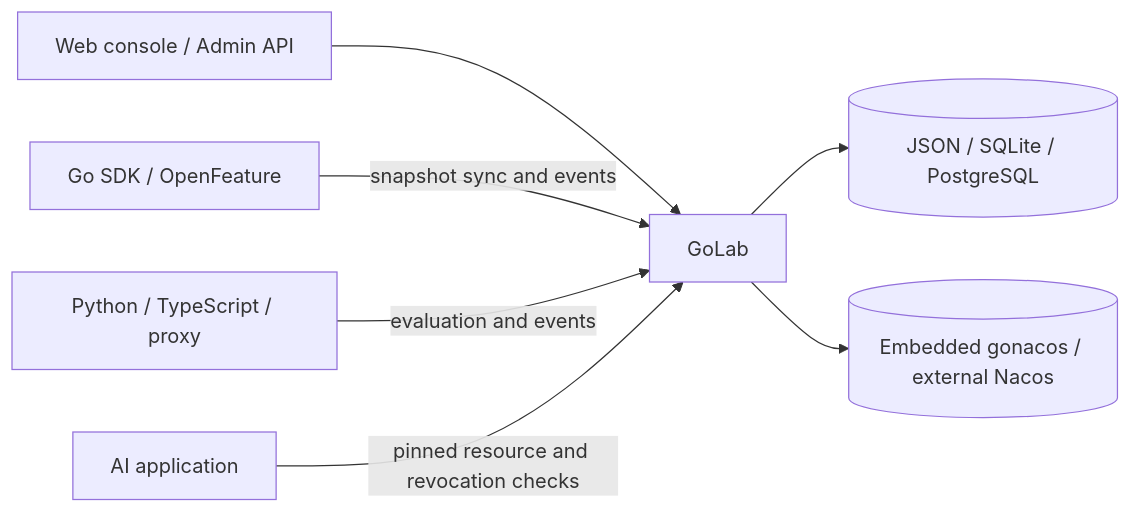
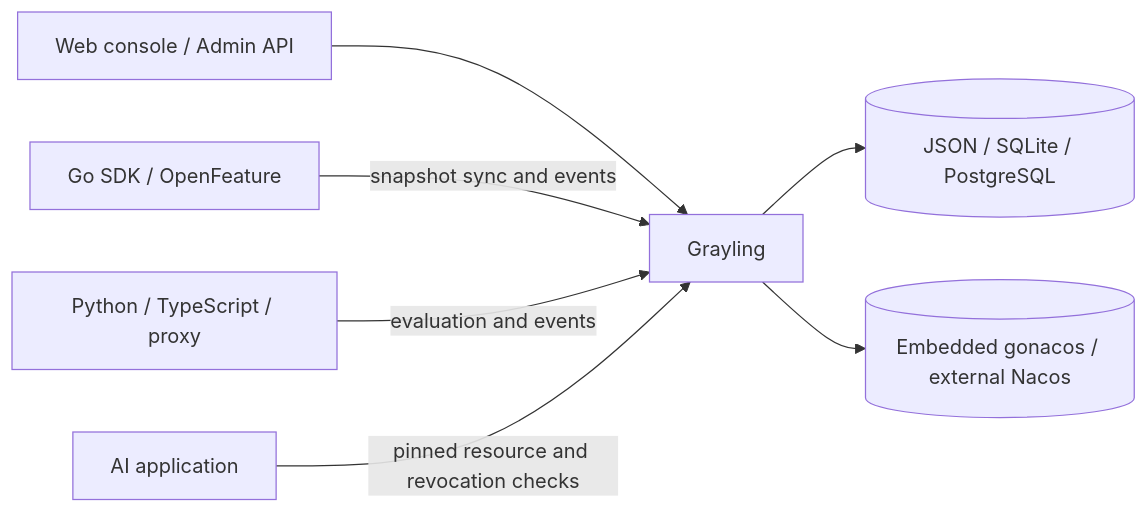
The diagram in README.md (saker-ai/grayling), drawn with Mermaid before and after one commit. The commit also changed other lines of this file and 188 other files, not shown here.

````diff
--- a/README.md
+++ b/README.md
@@ -58,9 +58,9 @@
 ```mermaid
 flowchart LR
-    Admin[Web console / Admin API] --> Core[GoLab]
+    Admin[Web console / Admin API] --> Core[Grayling]
     Core --> DB[(JSON / SQLite / PostgreSQL)]
     Core --> Nacos[(Embedded gonacos / external Nacos)]
     GoSDK[Go SDK / OpenFeature] -->|snapshot sync and events| Core
     Remote[Python / TypeScript / proxy] -->|evaluation and events| Core
     AI[AI application] -->|pinned resource and revocation checks| Core
 ```
````
